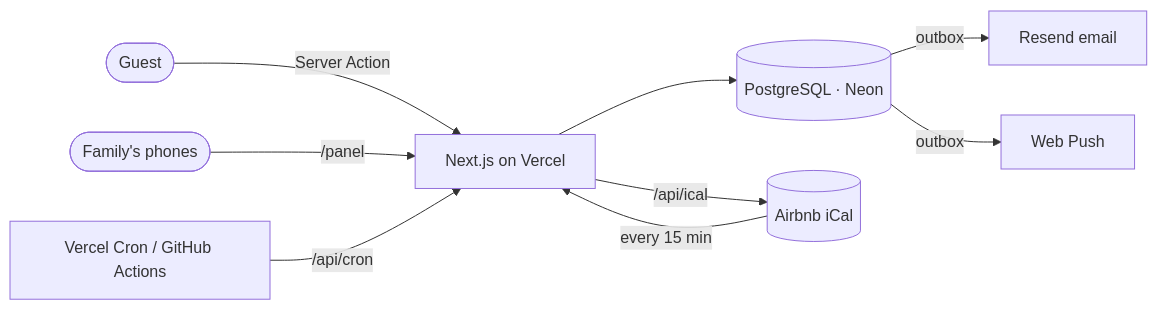
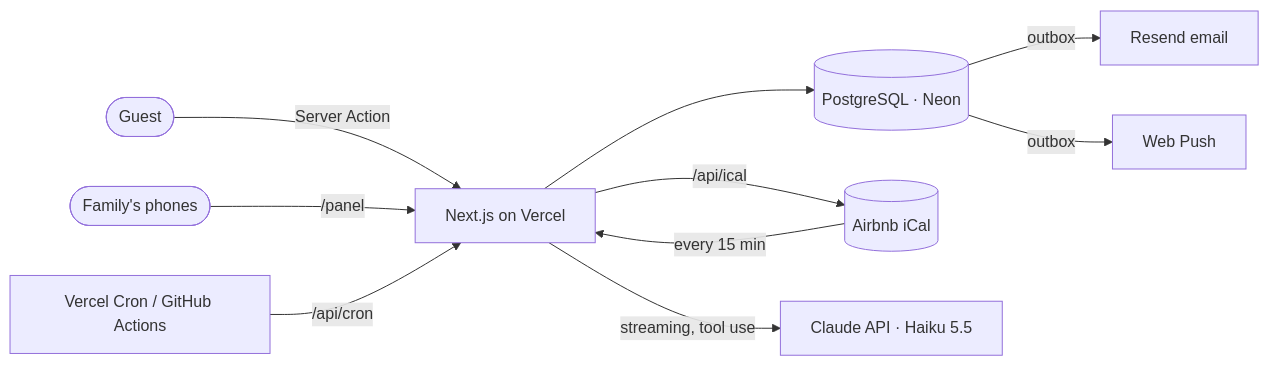
One commit to sadikemreikiz/trysa-direct-booking changed the diagram in README.md. Above: the diagram before and after it, drawn with Mermaid. The commit also changed other lines of this file, not shown here.

Commit message:
Show the AI concierge in the README's stack and architecture

````diff
--- a/README.md
+++ b/README.md
@@ -87,11 +87,12 @@
 ```mermaid
 flowchart LR
   Guest([Guest]) -->|Server Action| Next[Next.js on Vercel]
   Staff([Family's phones]) -->|/panel| Next
   Next --> DB[(PostgreSQL · Neon)]
   DB -->|outbox| Mail[Resend email]
   DB -->|outbox| Push[Web Push]
   Airbnb[(Airbnb iCal)] -->|every 15 min| Next
   Next -->|/api/ical| Airbnb
   Cron[Vercel Cron / GitHub Actions] -->|/api/cron| Next
+  Next -->|streaming, tool use| Claude[Claude API · Haiku 5.5]
 ```
````
